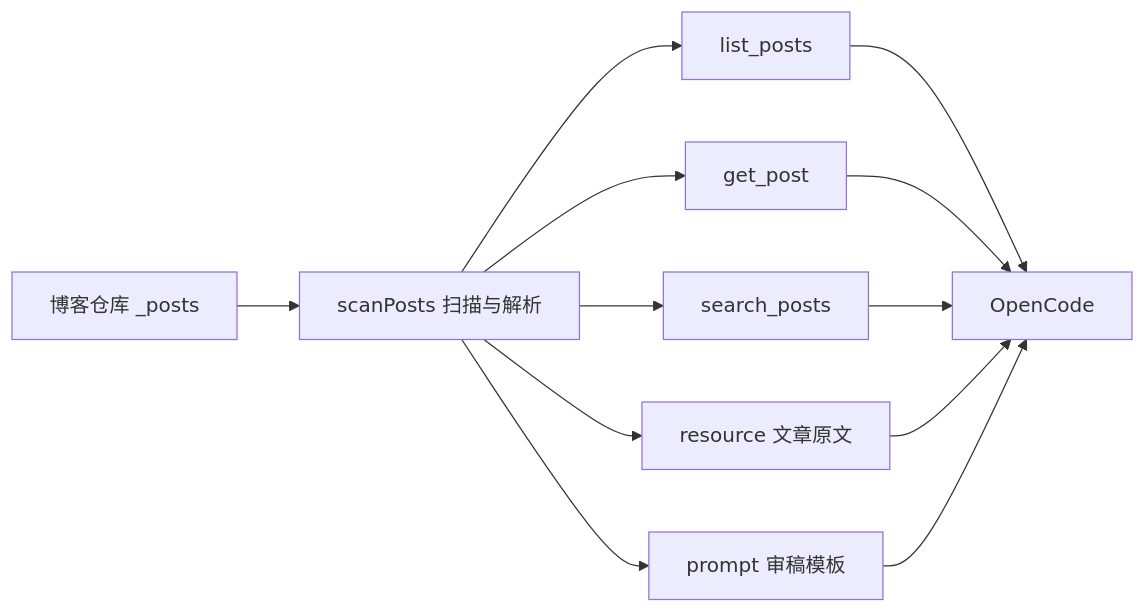
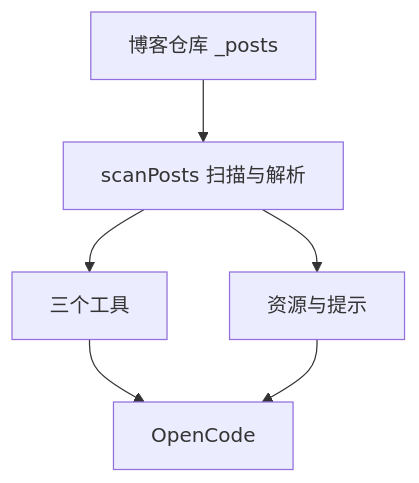
Before and after one commit to Knight-boy/knight-boy.github.io: the diagram in ai/_posts/2026-11-19-从零写MCP服务器实战篇.md, drawn with Mermaid. The commit also changed other lines of this file, not shown here.

Commit message:
post: fix the mermaid layout in the MCP tutorial

````diff
--- a/ai/_posts/2026-11-19-从零写MCP服务器实战篇.md
+++ b/ai/_posts/2026-11-19-从零写MCP服务器实战篇.md
@@ -398,14 +398,8 @@
 ``` mermaid
-flowchart LR
+flowchart TB
     A[博客仓库 _posts] --> B[scanPosts 扫描与解析]
-    B --> C[list_posts]
-    B --> D[get_post]
-    B --> E[search_posts]
-    B --> F[resource 文章原文]
-    B --> G[prompt 审稿模板]
-    C --> H[OpenCode]
-    D --> H
-    E --> H
-    F --> H
-    G --> H
+    B --> C[三个工具]
+    B --> D[资源与提示]
+    C --> E[OpenCode]
+    D --> E
 ```
````
